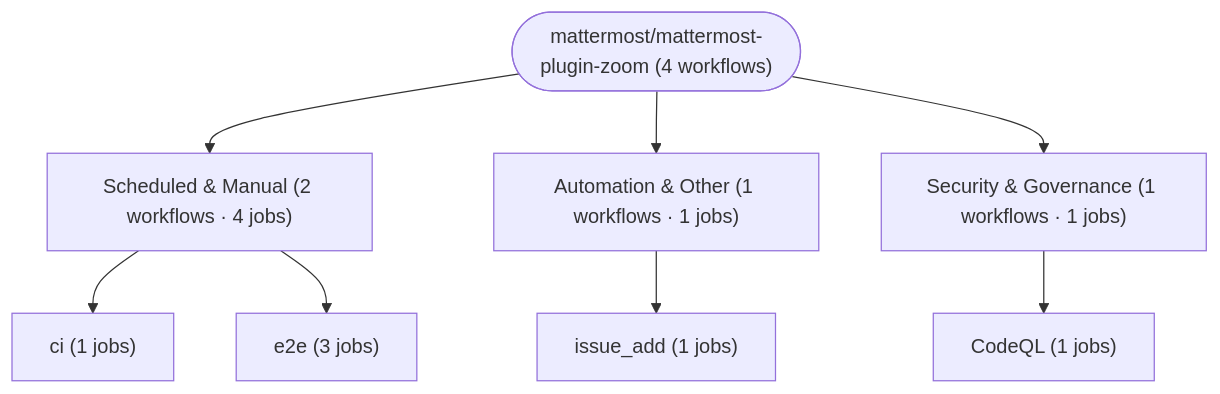
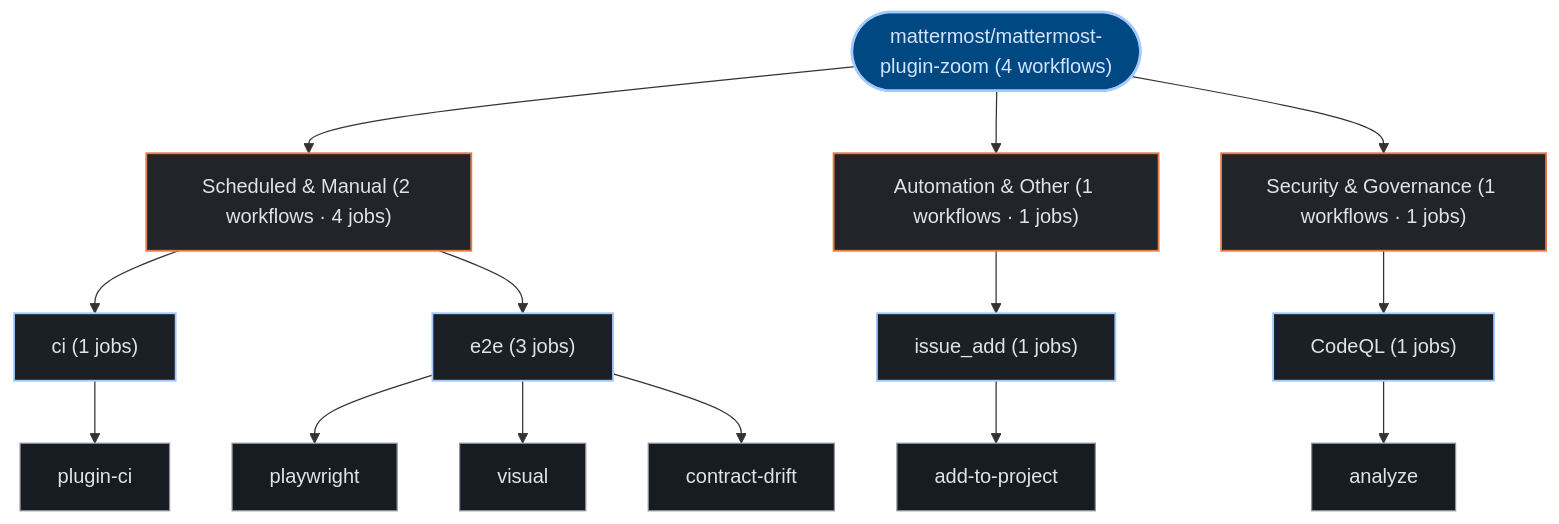
One commit to kumarshaz/atruss-code-atlas changed the third of 3 diagrams in exports/latest/reports/mattermost-mattermost-plugin-zoom-report.md. Above: the diagram before and after it, drawn with Mermaid. The commit also changed other lines of this file and 331 other files, not shown here.

Commit message:
docs,ui,fix: update SDLC docs, reorder CI/CD DAG first, stylize Mermaid, and fix Arc42 pipeline topology

````diff
--- a/exports/latest/reports/mattermost-mattermost-plugin-zoom-report.md
+++ b/exports/latest/reports/mattermost-mattermost-plugin-zoom-report.md
@@ -169,18 +180,37 @@
 ```mermaid
 graph TD;
-  pipeline_root(["mattermost/mattermost-plugin-zoom (4 workflows)"])
-  grp_0_Scheduled___Manual["Scheduled & Manual (2 workflows · 4 jobs)"]
+  classDef atlasRoot fill:#004882,stroke:#a3c9ff,stroke-width:2px,color:#d3e4ff
+  classDef atlasCategory fill:#212428,stroke:#E87A48,stroke-width:1.5px,color:#dfe3eb
+  classDef atlasWorkflow fill:#1b2026,stroke:#a3c9ff,stroke-width:1.5px,color:#dfe3eb
+  classDef atlasJob fill:#171c22,stroke:#8d9199,stroke-width:1px,color:#dfe3eb
+  classDef atlasTarget fill:#005227,stroke:#8bd99b,stroke-width:1.5px,color:#a7f6b6
+  classDef atlasAlert fill:#93000a,stroke:#ffb4ab,stroke-width:1.5px,color:#ffdad6
+  classDef atlasMore fill:#252a31,stroke:#8d9199,stroke-dasharray:4 4,color:#c3c6cf
+  pipeline_root(["mattermost/mattermost-plugin-zoom (4 workflows)"]):::atlasRoot
+  grp_0_Scheduled___Manual["Scheduled & Manual (2 workflows · 4 jobs)"]:::atlasCategory
   pipeline_root --> grp_0_Scheduled___Manual
-  wf_0_ci["ci (1 jobs)"]
+  wf_0_ci["ci (1 jobs)"]:::atlasWorkflow
   grp_0_Scheduled___Manual --> wf_0_ci
-  wf_2_e2e["e2e (3 jobs)"]
+  job_0_plugin_ci["plugin-ci"]:::atlasJob
+  wf_0_ci --> job_0_plugin_ci
+  wf_2_e2e["e2e (3 jobs)"]:::atlasWorkflow
   grp_0_Scheduled___Manual --> wf_2_e2e
-  grp_1_Automation___Other["Automation & Other (1 workflows · 1 jobs)"]
+  job_2_playwright["playwright"]:::atlasJob
+  job_2_visual["visual"]:::atlasJob
+  job_2_contract_drift["contract-drift"]:::atlasJob
+  wf_2_e2e --> job_2_playwright
+  wf_2_e2e --> job_2_visual
+  wf_2_e2e --> job_2_contract_drift
+  grp_1_Automation___Other["Automation & Other (1 workflows · 1 jobs)"]:::atlasCategory
   pipeline_root --> grp_1_Automation___Other
-  wf_3_issue_add["issue_add (1 jobs)"]
+  wf_3_issue_add["issue_add (1 jobs)"]:::atlasWorkflow
   grp_1_Automation___Other --> wf_3_issue_add
-  grp_2_Security___Governance["Security & Governance (1 workflows · 1 jobs)"]
+  job_3_add_to_project["add-to-project"]:::atlasJob
+  wf_3_issue_add --> job_3_add_to_project
+  grp_2_Security___Governance["Security & Governance (1 workflows · 1 jobs)"]:::atlasCategory
   pipeline_root --> grp_2_Security___Governance
-  wf_1_CodeQL["CodeQL (1 jobs)"]
+  wf_1_CodeQL["CodeQL (1 jobs)"]:::atlasWorkflow
   grp_2_Security___Governance --> wf_1_CodeQL
+  job_1_analyze["analyze"]:::atlasJob
+  wf_1_CodeQL --> job_1_analyze
 ```
````
